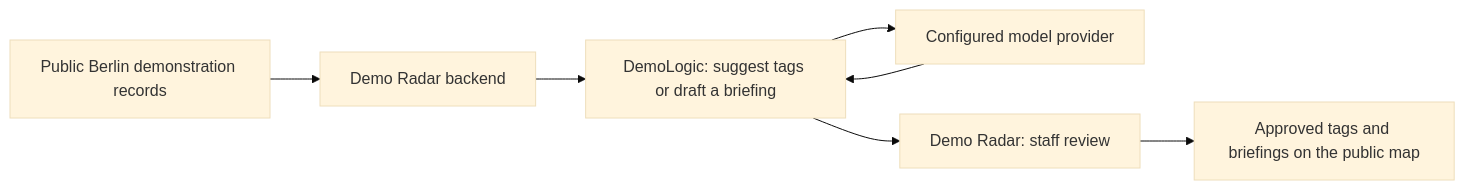
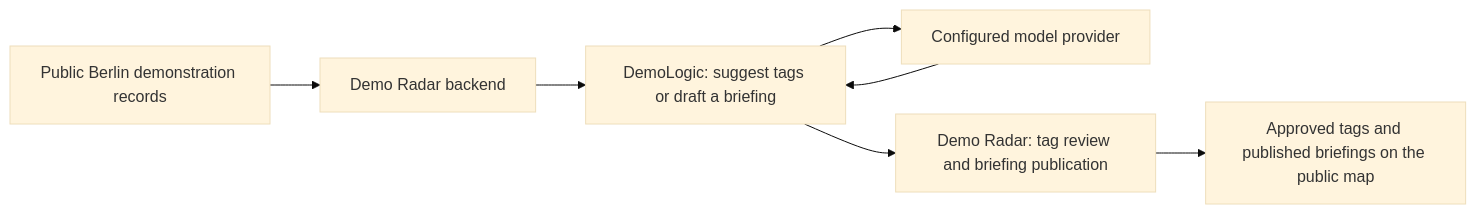
The diagram in README.md (demo-radar/demo-radar-logic), drawn with Mermaid (base theme) before and after one commit. The commit also changed other lines of this file and 5 other files, not shown here.

````diff
--- a/README.md
+++ b/README.md
@@ -17,9 +17,9 @@
 ```mermaid
 flowchart LR
     Feed[Public Berlin demonstration records] --> Radar[Demo Radar backend]
     Radar --> Logic[DemoLogic: suggest tags or draft a briefing]
     Logic --> Model[Configured model provider]
     Model --> Logic
-    Logic --> Review[Demo Radar: staff review]
-    Review --> Public[Approved tags and briefings on the public map]
+    Logic --> Review[Demo Radar: tag review and briefing publication]
+    Review --> Public[Approved tags and published briefings on the public map]
 ```
````
